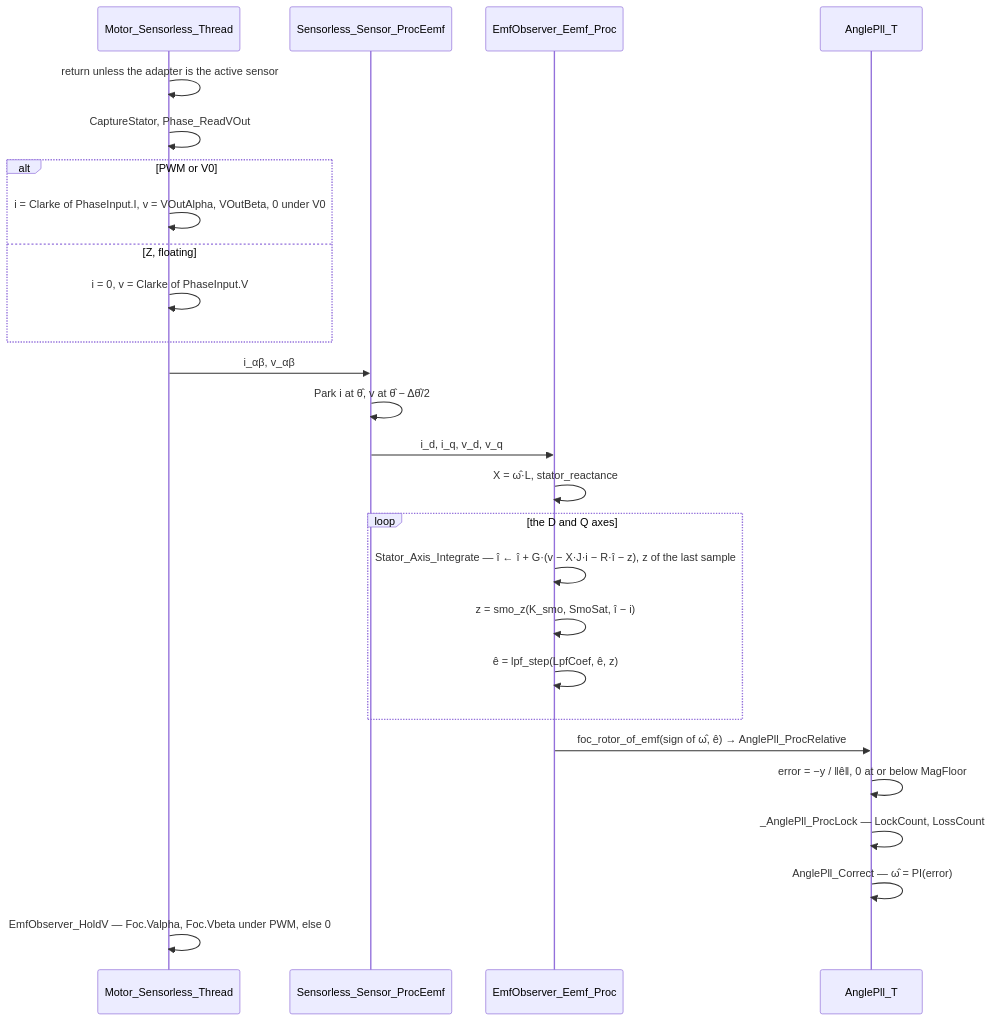
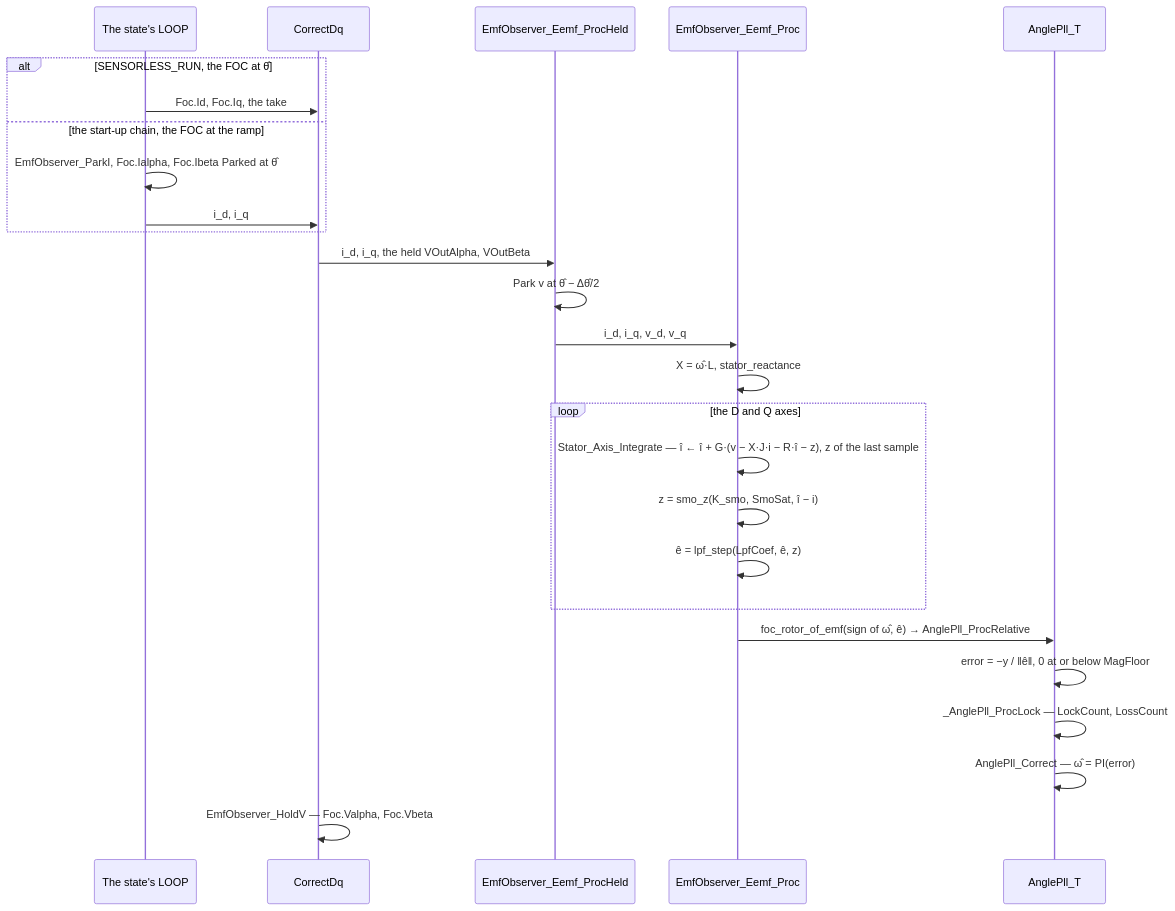
Before and after one commit to FireSourcery/FireSourcery_Library: the fourth of 9 diagrams in Motor/Docs/Sensorless.md, drawn with Mermaid. The commit also changed other lines of this file and 24 other files, not shown here.

````diff
--- a/Motor/Docs/Sensorless.md
+++ b/Motor/Docs/Sensorless.md
@@ -204,29 +205,29 @@
 ```mermaid
 sequenceDiagram
-    participant M as Motor_Sensorless_Thread
-    participant A as Sensorless_Sensor_ProcEemf
+    participant S as The state's LOOP
+    participant M as CorrectDq
+    participant A as EmfObserver_Eemf_ProcHeld
     participant O as EmfObserver_Eemf_Proc
     participant P as AnglePll_T
 
-    M->>M: return unless the adapter is the active sensor
-    M->>M: CaptureStator, Phase_ReadVOut
-    alt PWM or V0
-        M->>M: i = Clarke of PhaseInput.I, v = VOutAlpha, VOutBeta, 0 under V0
-    else Z, floating
-        M->>M: i = 0, v = Clarke of PhaseInput.V
+    alt SENSORLESS_RUN, the FOC at θ̂
+        S->>M: Foc.Id, Foc.Iq, the take
+    else the start-up chain, the FOC at the ramp
+        S->>S: EmfObserver_ParkI, Foc.Ialpha, Foc.Ibeta Parked at θ̂
+        S->>M: i_d, i_q
     end
-    M->>A: i_αβ, v_αβ
-    A->>A: Park i at θ̂, v at θ̂ − Δθ̂/2
+    M->>A: i_d, i_q, the held VOutAlpha, VOutBeta
+    A->>A: Park v at θ̂ − Δθ̂/2
     A->>O: i_d, i_q, v_d, v_q
     O->>O: X = ω̂·L, stator_reactance
     loop the D and Q axes
         O->>O: Stator_Axis_Integrate — î ← î + G·(v − X·J·i − R·î − z), z of the last sample
         O->>O: z = smo_z(K_smo, SmoSat, î − i)
         O->>O: ê = lpf_step(LpfCoef, ê, z)
     end
     O->>P: foc_rotor_of_emf(sign of ω̂, ê) → AnglePll_ProcRelative
     P->>P: error = −y / ‖ê‖, 0 at or below MagFloor
     P->>P: _AnglePll_ProcLock — LockCount, LossCount
     P->>P: AnglePll_Correct — ω̂ = PI(error)
-    M->>M: EmfObserver_HoldV — Foc.Valpha, Foc.Vbeta under PWM, else 0
+    M->>M: EmfObserver_HoldV — Foc.Valpha, Foc.Vbeta
 ```
````
